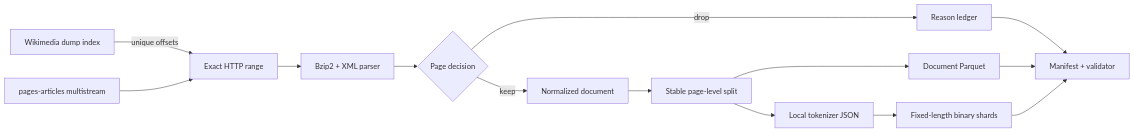
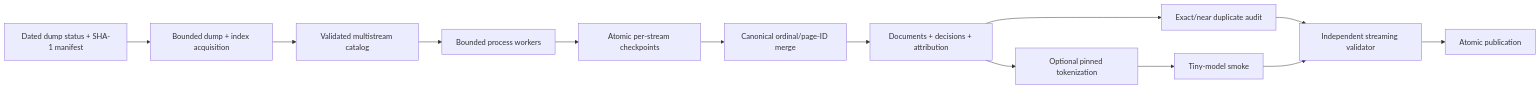
The diagram in README.md (edcadet10/wikipedia-ml-data-pipeline), drawn with Mermaid before and after one commit. The commit also changed other lines of this file and 37 other files, not shown here.

````diff
--- a/README.md
+++ b/README.md
@@ -43,16 +52,15 @@
 ```mermaid
 flowchart LR
-    A[Wikimedia dump index] -->|unique offsets| B[Exact HTTP range]
-    C[pages-articles multistream] --> B
-    B --> D[Bzip2 + XML parser]
-    D --> E{Page decision}
-    E -->|keep| F[Normalized document]
-    E -->|drop| G[Reason ledger]
-    F --> H[Stable page-level split]
-    H --> I[Document Parquet]
-    H --> J[Local tokenizer JSON]
-    J --> K[Fixed-length binary shards]
-    G --> L[Manifest + validator]
-    I --> L
-    K --> L
+    A[Dated dump status + SHA-1 manifest] --> B[Bounded dump + index acquisition]
+    B --> C[Validated multistream catalog]
+    C --> D[Bounded process workers]
+    D --> E[Atomic per-stream checkpoints]
+    E --> F[Canonical ordinal/page-ID merge]
+    F --> G[Documents + decisions + attribution]
+    G --> H[Exact/near duplicate audit]
+    G --> I[Optional pinned tokenization]
+    I --> J[Tiny-model smoke]
+    H --> K[Independent streaming validator]
+    J --> K
+    K --> L[Atomic publication]
 ```
````
